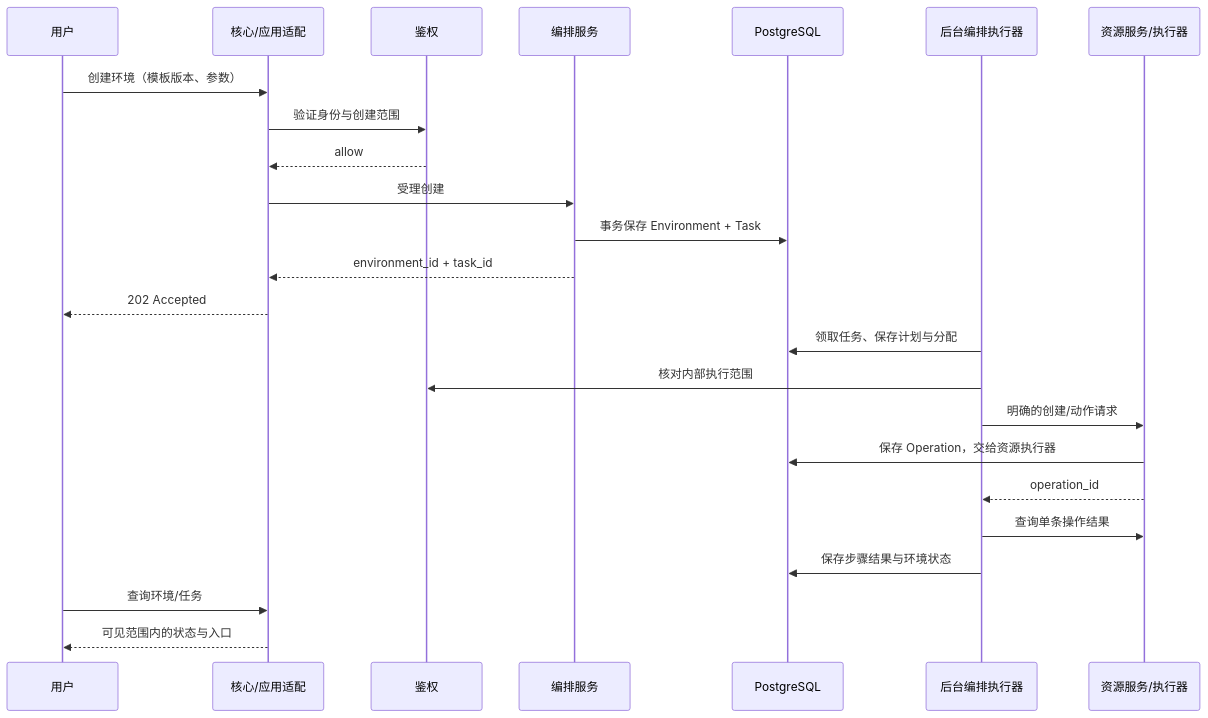
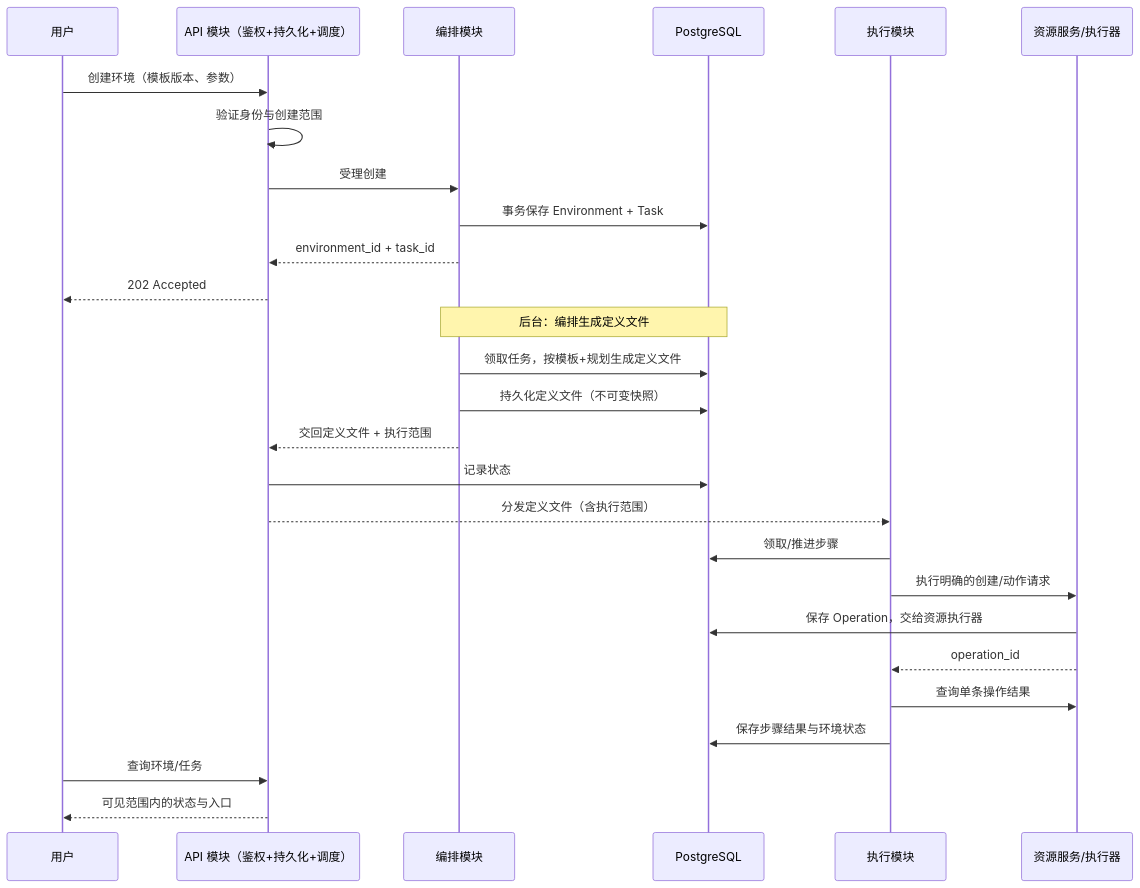
One commit to bjx8970/k8s-lab-platform changed the second of 2 diagrams in docs/platform-design/architecture.md. Above: the diagram before and after it, drawn with Mermaid. The commit also changed other lines of this file and 76 other files, not shown here.

````diff
--- a/docs/platform-design/architecture.md
+++ b/docs/platform-design/architecture.md
@@ -98,26 +124,29 @@
 ```mermaid
 sequenceDiagram
     participant U as 用户
-    participant C as 核心/应用适配
-    participant A as 鉴权
-    participant O as 编排服务
+    participant API as API 模块（鉴权+持久化+调度）
+    participant O as 编排模块
     participant D as PostgreSQL
-    participant W as 后台编排执行器
+    participant X as 执行模块
     participant R as 资源服务/执行器
-    U->>C: 创建环境（模板版本、参数）
-    C->>A: 验证身份与创建范围
-    A-->>C: allow
-    C->>O: 受理创建
+    U->>API: 创建环境（模板版本、参数）
+    API->>API: 验证身份与创建范围
+    API->>O: 受理创建
     O->>D: 事务保存 Environment + Task
-    O-->>C: environment_id + task_id
-    C-->>U: 202 Accepted
-    W->>D: 领取任务、保存计划与分配
-    W->>A: 核对内部执行范围
-    W->>R: 明确的创建/动作请求
+    O-->>API: environment_id + task_id
+    API-->>U: 202 Accepted
+    Note over O,D: 后台：编排生成定义文件
+    O->>D: 领取任务，按模板+规划生成定义文件
+    O->>D: 持久化定义文件（不可变快照）
+    O-->>API: 交回定义文件 + 执行范围
+    API->>D: 记录状态
+    API-->>X: 分发定义文件（含执行范围）
+    X->>D: 领取/推进步骤
+    X->>R: 执行明确的创建/动作请求
     R->>D: 保存 Operation，交给资源执行器
-    R-->>W: operation_id
-    W->>R: 查询单条操作结果
-    W->>D: 保存步骤结果与环境状态
-    U->>C: 查询环境/任务
-    C-->>U: 可见范围内的状态与入口
+    R-->>X: operation_id
+    X->>R: 查询单条操作结果
+    X->>D: 保存步骤结果与环境状态
+    U->>API: 查询环境/任务
+    API-->>U: 可见范围内的状态与入口
 ```
````
